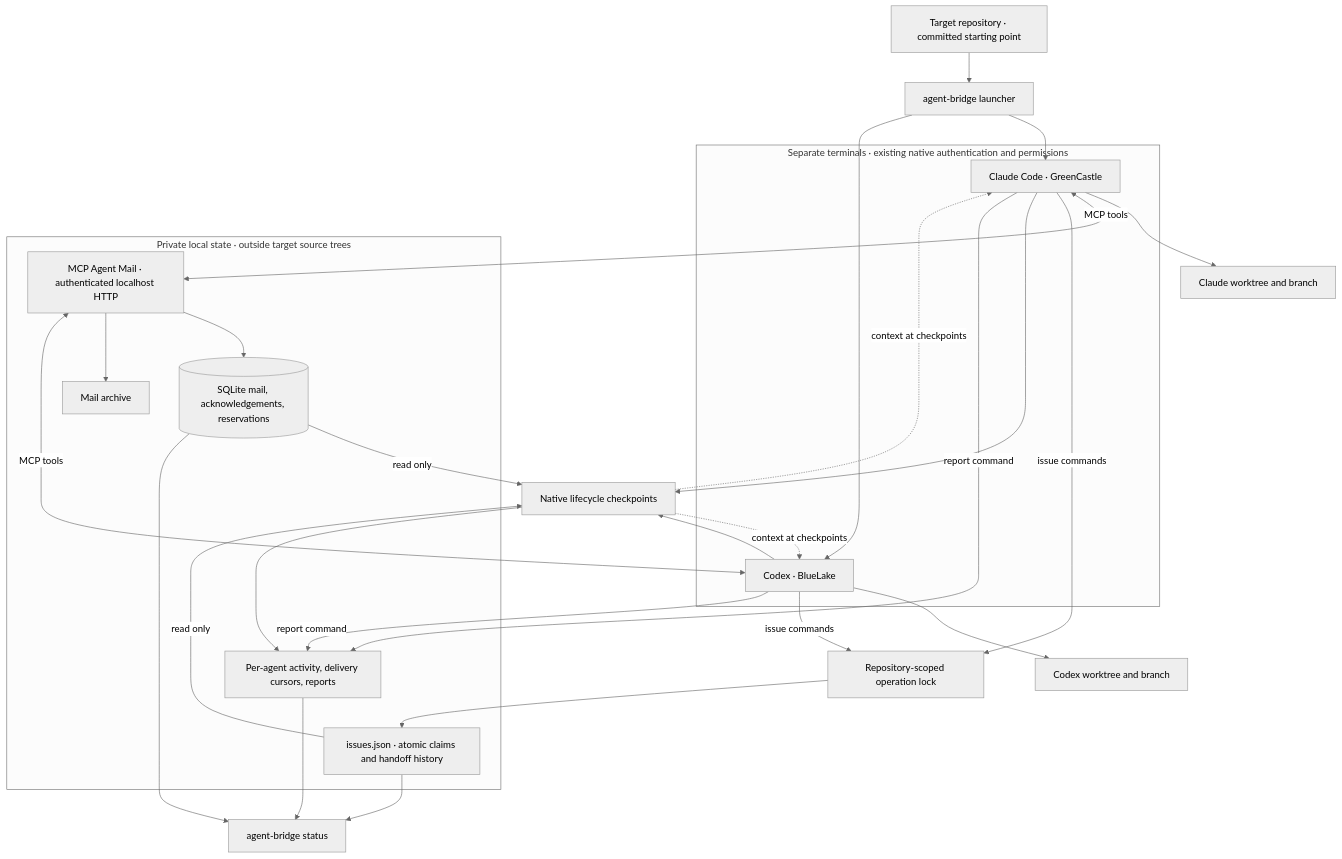
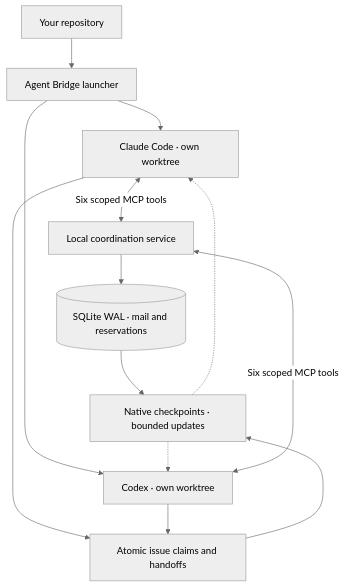
Before and after one commit to suneel944/agent-bridge: the diagram in README.md, drawn with Mermaid (neutral theme). The commit also changed other lines of this file and 40 other files, not shown here.

First line of the commit message:
Build an in-house coordination engine with bounded context and project gates (#1)

````diff
--- a/README.md
+++ b/README.md
@@ -35,42 +42,15 @@
 ```mermaid
-flowchart TB
-    Repo["Target repository · committed starting point"]
-    Launcher["agent-bridge launcher"]
-    Repo --> Launcher
-
-    subgraph Terminals["Separate terminals · existing native authentication and permissions"]
-        Claude["Claude Code · GreenCastle"]
-        Codex["Codex · BlueLake"]
-    end
-    Launcher --> Claude
-    Launcher --> Codex
-    Claude --> CW["Claude worktree and branch"]
-    Codex --> XW["Codex worktree and branch"]
-
-    subgraph State["Private local state · outside target source trees"]
-        Mail["MCP Agent Mail · authenticated localhost HTTP"]
-        DB[("SQLite mail, acknowledgements, reservations")]
-        Archive["Mail archive"]
-        Issues["issues.json · atomic claims and handoff history"]
-        Activity["Per-agent activity, delivery cursors, reports"]
-    end
-    Claude <-->|"MCP tools"| Mail
-    Codex <-->|"MCP tools"| Mail
-    Mail --> DB
-    Mail --> Archive
-    Claude -->|"issue commands"| Claims["Repository-scoped operation lock"]
-    Codex -->|"issue commands"| Claims
-    Claims --> Issues
-    Claude --> Hooks["Native lifecycle checkpoints"]
-    Codex --> Hooks
-    DB -->|"read only"| Hooks
-    Issues -->|"read only"| Hooks
-    Hooks --> Activity
-    Hooks -.->|"context at checkpoints"| Claude
-    Hooks -.->|"context at checkpoints"| Codex
-    Claude -->|"report command"| Activity
-    Codex -->|"report command"| Activity
-    DB --> Status["agent-bridge status"]
-    Issues --> Status
-    Activity --> Status
+flowchart TD
+    Repo[Your repository] --> Bridge[Agent Bridge launcher]
+    Bridge --> Claude[Claude Code · own worktree]
+    Bridge --> Codex[Codex · own worktree]
+    Claude <-->|Six scoped MCP tools| Server[Local coordination service]
+    Codex <-->|Six scoped MCP tools| Server
+    Server --> DB[(SQLite WAL · mail and reservations)]
+    Claude --> Claims[Atomic issue claims and handoffs]
+    Codex --> Claims
+    DB --> Hooks[Native checkpoints · bounded updates]
+    Claims --> Hooks
+    Hooks -.-> Claude
+    Hooks -.-> Codex
 ```
````
